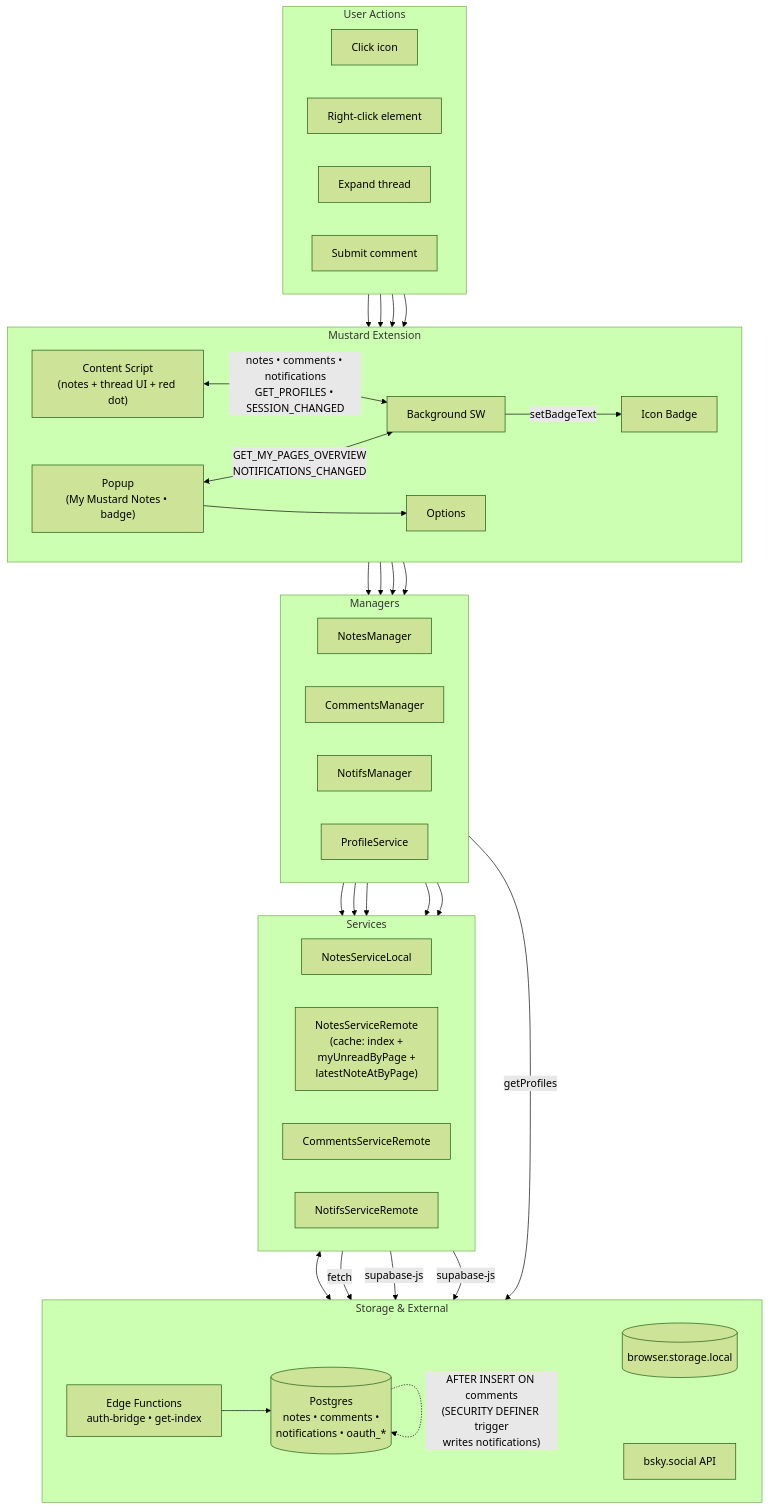
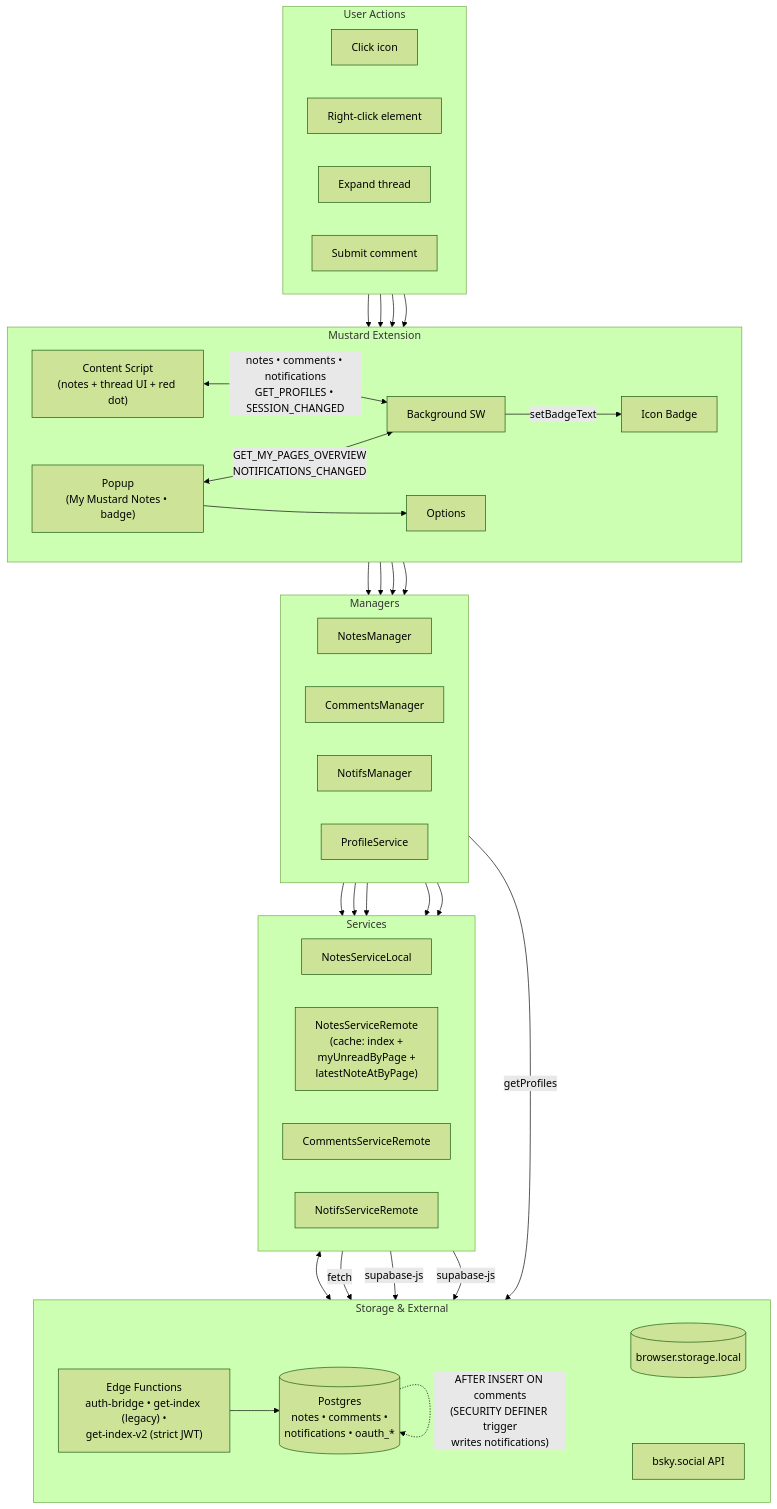
The first of 2 diagrams in PROGRESS.md (fettstorch/mustard), drawn with Mermaid (forest theme) before and after one commit. The commit also changed other lines of this file and 2 other files, not shown here.

First line of the commit message:
Add strict JWT auth edge function for popup overview

````diff
--- a/PROGRESS.md
+++ b/PROGRESS.md
@@ -7,74 +7,74 @@
 ```mermaid
 flowchart TB
     subgraph User["User Actions"]
         direction LR
         Click["Click icon"]
         RightClick["Right-click element"]
         Expand["Expand thread"]
         Comment["Submit comment"]
     end
 
     subgraph Extension["Mustard Extension"]
         direction LR
         Popup["Popup<br/>(My Mustard Notes • badge)"]
         Options["Options"]
         CS["Content Script<br/>(notes + thread UI + red dot)"]
         Badge["Icon Badge"]
         BG["Background SW"]
     end
 
     subgraph Managers["Managers"]
         direction LR
         NotesManager["NotesManager"]
         CommentsManager["CommentsManager"]
         NotifsManager["NotifsManager"]
         ProfileService["ProfileService"]
     end
 
     subgraph Svcs["Services"]
         direction LR
         LocalSvc["NotesServiceLocal"]
         RemoteSvc["NotesServiceRemote<br/>(cache: index +<br/>myUnreadByPage +<br/>latestNoteAtByPage)"]
         CommentsSvc["CommentsServiceRemote"]
         NotifsSvc["NotifsServiceRemote"]
     end
 
     subgraph Storage["Storage & External"]
         direction LR
         ChromeStorage[("browser.storage.local")]
-        EdgeFns["Edge Functions<br/>auth-bridge • get-index"]
+        EdgeFns["Edge Functions<br/>auth-bridge • get-index (legacy) •<br/>get-index-v2 (strict JWT)"]
         DB[("Postgres<br/>notes • comments •<br/>notifications • oauth_*")]
         BSkyAPI["bsky.social API"]
     end
 
     %% Layer flow
     Click --> Popup
     RightClick --> CS
     Expand --> CS
     Comment --> CS
 
     Popup <-->|"GET_MY_PAGES_OVERVIEW<br/>NOTIFICATIONS_CHANGED"| BG
     Popup --> Options
     CS <-->|"notes • comments • notifications<br/>GET_PROFILES • SESSION_CHANGED"| BG
     BG -->|"setBadgeText"| Badge
 
     BG --> NotesManager
     BG --> CommentsManager
     BG --> NotifsManager
     BG --> ProfileService
 
     NotesManager --> LocalSvc
     NotesManager --> RemoteSvc
     CommentsManager --> CommentsSvc
     NotifsManager --> NotifsSvc
     NotifsManager --> RemoteSvc
 
     LocalSvc <--> ChromeStorage
     RemoteSvc -->|"fetch"| EdgeFns
     CommentsSvc -->|"supabase-js"| DB
     NotifsSvc -->|"supabase-js"| DB
     EdgeFns --> DB
     ProfileService -->|"getProfiles"| BSkyAPI
 
     DB -.->|"AFTER INSERT ON comments<br/>(SECURITY DEFINER trigger<br/>writes notifications)"| DB
 ```
````
